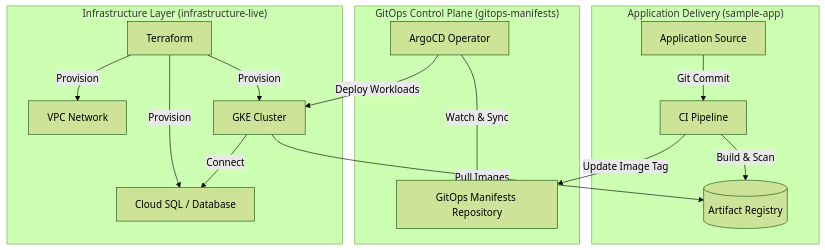
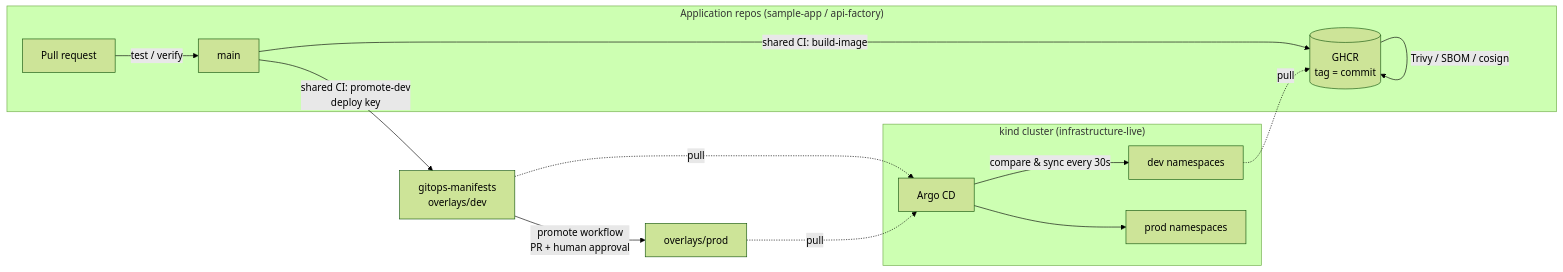
The diagram in README.md (MIERAI/gitops-platform-blueprint), drawn with Mermaid (forest theme) before and after one commit. The commit also changed other lines of this file and 2 other files, not shown here.

Commit message:
Shared CI (build-image / promote-dev) and the architecture of the working local reference implementation

````diff
--- a/README.md
+++ b/README.md
@@ -14,22 +9,17 @@
 ```mermaid
-graph TD
-    subgraph "Application Delivery (sample-app)"
-        AppSource[Application Source] -->|Git Commit| CI[CI Pipeline]
-        CI -->|Build & Scan| Registry[(Artifact Registry)]
+graph LR
+    subgraph app["Application repos (sample-app / api-factory)"]
+        PR[Pull request] -->|test / verify| Main[main]
+        Main -->|shared CI: build-image| Img[(GHCR<br/>tag = commit)]
+        Img -->|Trivy / SBOM / cosign| Img
     end
-
-    subgraph "GitOps Control Plane (gitops-manifests)"
-        CI -->|Update Image Tag| Manifests[GitOps Manifests Repository]
-        Argo[ArgoCD Operator] -->|Watch & Sync| Manifests
+    Main -->|shared CI: promote-dev<br/>deploy key| Dev[gitops-manifests<br/>overlays/dev]
+    Dev -->|promote workflow<br/>PR + human approval| Prod[overlays/prod]
+    subgraph cluster["kind cluster (infrastructure-live)"]
+        Argo[Argo CD] -->|compare & sync every 30s| NS1[dev namespaces]
+        Argo --> NS2[prod namespaces]
     end
-
-    subgraph "Infrastructure Layer (infrastructure-live)"
-        TF[Terraform] -->|Provision| VPC[VPC Network]
-        TF -->|Provision| GKE[GKE Cluster]
-        TF -->|Provision| RDS[Cloud SQL / Database]
-    end
-
-    Argo -->|Deploy Workloads| GKE
-    GKE -->|Pull Images| Registry
-    GKE -->|Connect| RDS
+    Dev -.->|pull| Argo
+    Prod -.->|pull| Argo
+    NS1 -.->|pull| Img
 ```
````
